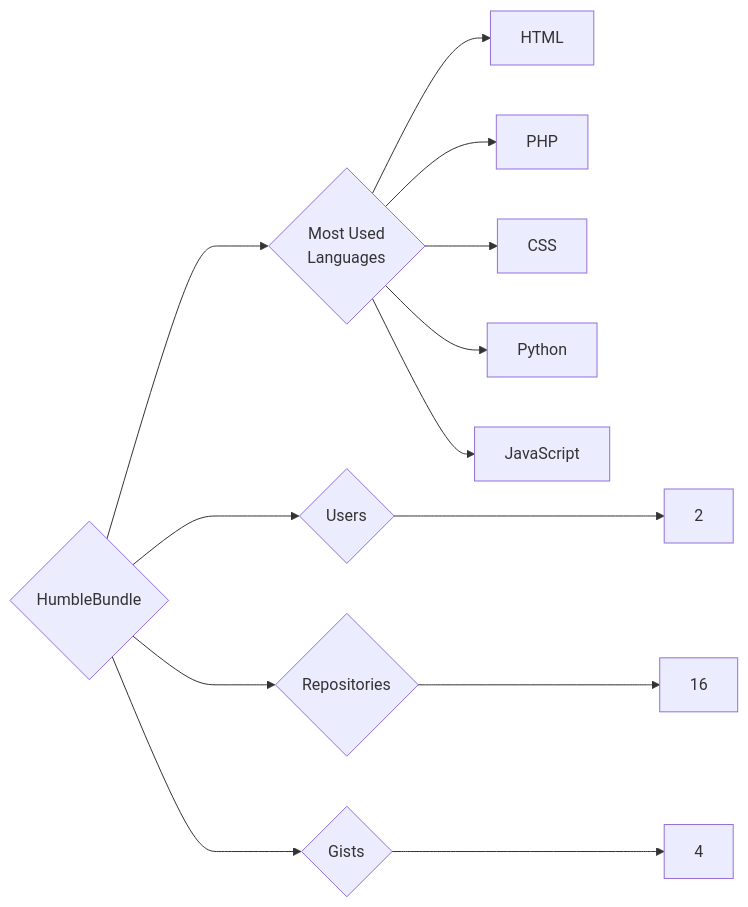
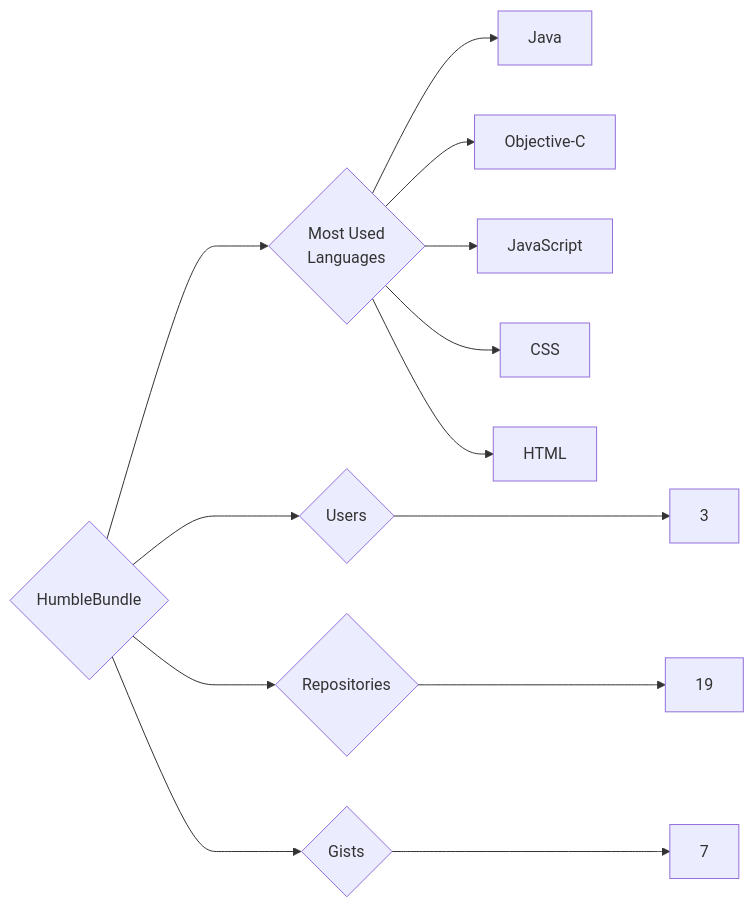
The diagram in targets/HumbleBundle/README.md (trickest/insiders), drawn with Mermaid before and after one commit. The commit also changed 1078 other files, not shown here.

````diff
--- a/targets/HumbleBundle/README.md
+++ b/targets/HumbleBundle/README.md
@@ -3,13 +3,13 @@
 ```mermaid
 graph LR
 COMPANY_NAME{HumbleBundle}
-COMPANY_NAME ---> U{Users} ---> UN[2]
-COMPANY_NAME ---> R{Repositories} ---> RN[16]
-COMPANY_NAME ---> G{Gists} ---> GN[4]
+COMPANY_NAME ---> U{Users} ---> UN[3]
+COMPANY_NAME ---> R{Repositories} ---> RN[19]
+COMPANY_NAME ---> G{Gists} ---> GN[7]
 COMPANY_NAME ---> ML{Most Used<br>Languages}
+ML --> Java[Java]
+ML --> Objective-C[Objective-C]
+ML --> JavaScript[JavaScript]
+ML --> CSS[CSS]
 ML --> HTML[HTML]
-ML --> PHP[PHP]
-ML --> CSS[CSS]
-ML --> Python[Python]
-ML --> JavaScript[JavaScript]
 ```
````
